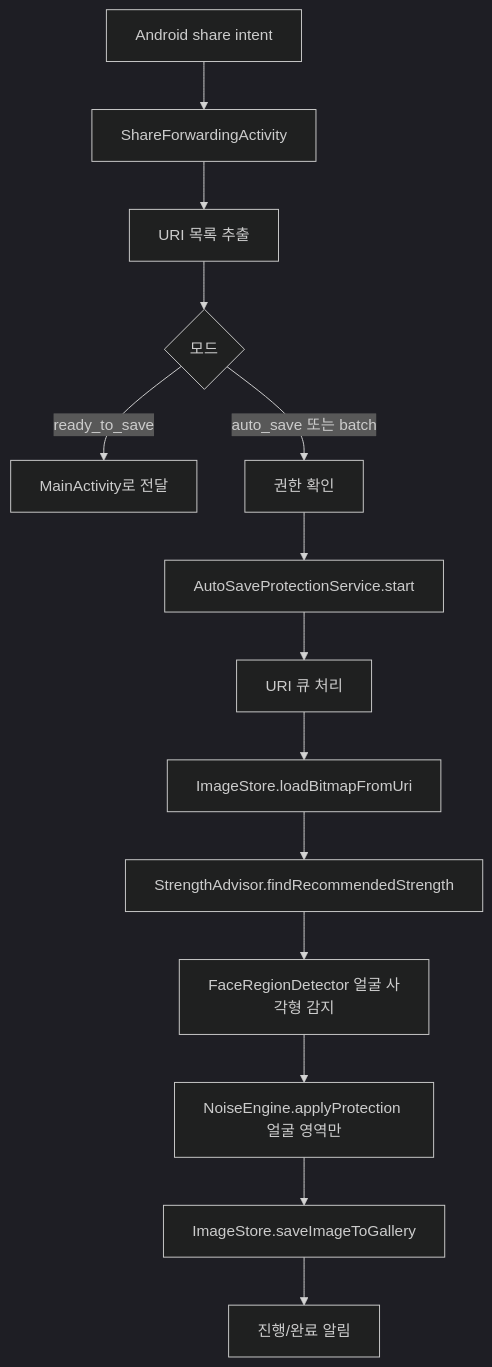
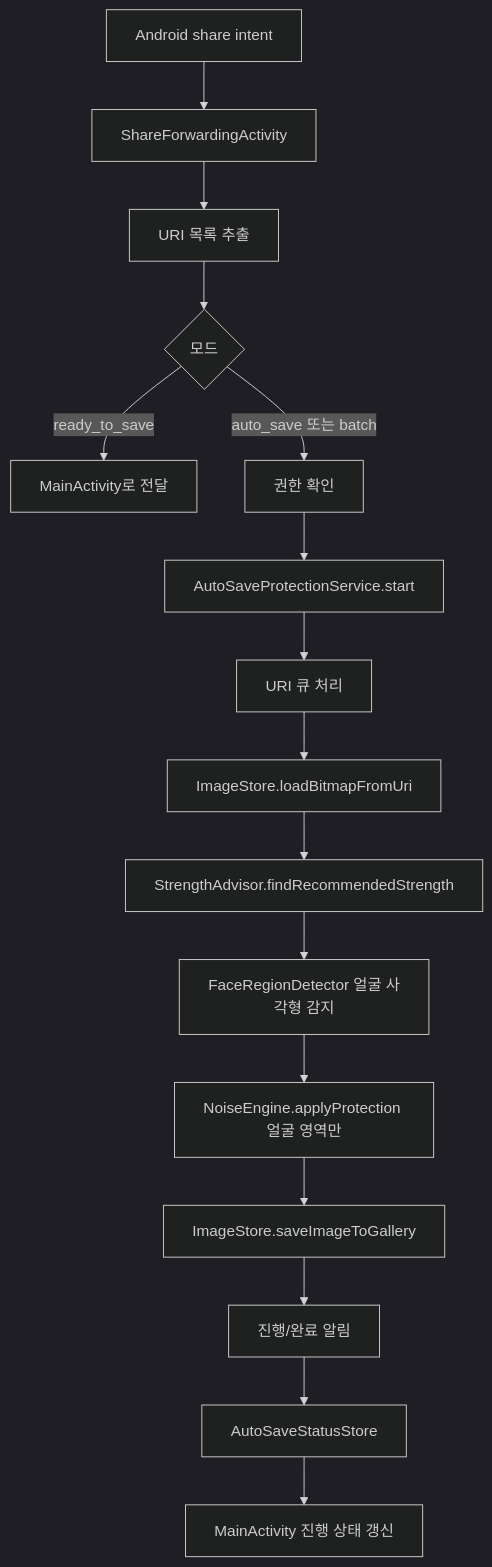
Before and after one commit to js4484821266/Haan-Ghil-Muulnaat: the second of 6 diagrams in ABSORB.md, drawn with Mermaid (dark theme). The commit also changed other lines of this file and 14 other files, not shown here.

First line of the commit message:
Update localization strings and improve auto-save functionality

````diff
--- a/ABSORB.md
+++ b/ABSORB.md
@@ -97,16 +98,18 @@
 ```mermaid
 flowchart TD
     A[Android share intent] --> B[ShareForwardingActivity]
     B --> C[URI 목록 추출]
     C --> D{모드}
     D -- ready_to_save --> E[MainActivity로 전달]
     D -- auto_save 또는 batch --> F[권한 확인]
     F --> G[AutoSaveProtectionService.start]
     G --> H[URI 큐 처리]
     H --> I[ImageStore.loadBitmapFromUri]
     I --> J[StrengthAdvisor.findRecommendedStrength]
     J --> R[FaceRegionDetector 얼굴 사각형 감지]
     R --> K[NoiseEngine.applyProtection 얼굴 영역만]
     K --> L[ImageStore.saveImageToGallery]
     L --> M[진행/완료 알림]
+    M --> N[AutoSaveStatusStore]
+    N --> O[MainActivity 진행 상태 갱신]
 ```
````
